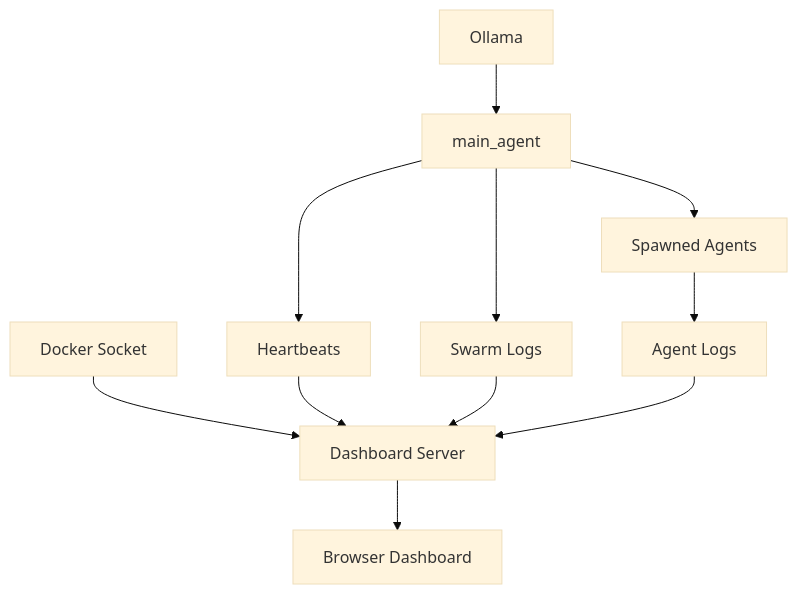
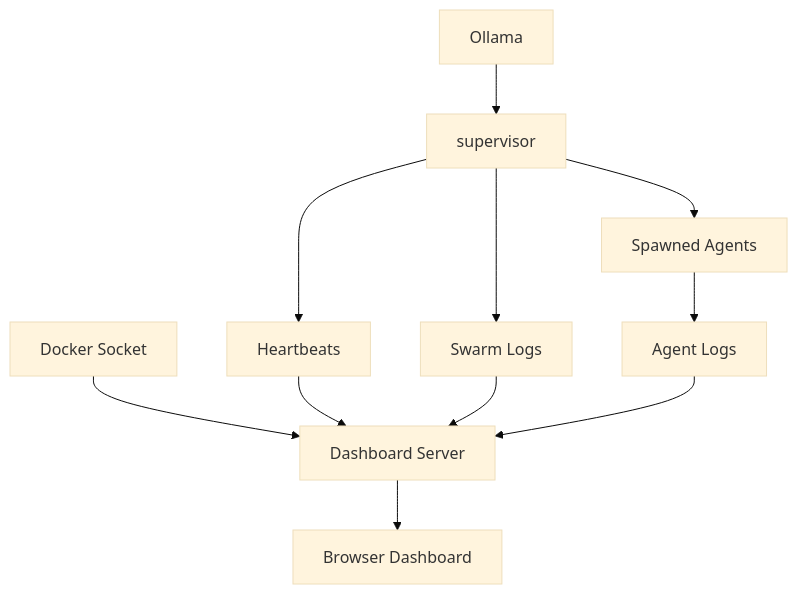
One commit to Not-Just-Web/openswarm changed the third of 3 diagrams in README.md. Above: the diagram before and after it, drawn with Mermaid (base theme). The commit also changed other lines of this file and 11 other files, not shown here.

Commit message:
Architectural Overhaul: Decoupled microservices, Swarm support, scaling, and Graphify integration

````diff
--- a/README.md
+++ b/README.md
@@ -87,13 +59,13 @@
 ```mermaid
 flowchart TD
-    O["Ollama"] --> M["main_agent"]
+    O["Ollama"] --> M["supervisor"]
     M --> HB["Heartbeats"]
     M --> LG["Swarm Logs"]
     M --> AG["Spawned Agents"]
     AG --> ALG["Agent Logs"]
     DS["Docker Socket"] --> UI["Dashboard Server"]
     HB --> UI
     LG --> UI
     ALG --> UI
     UI --> BR["Browser Dashboard"]
 ```
````
